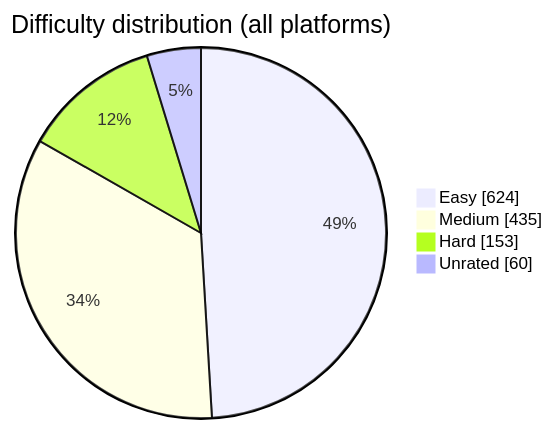
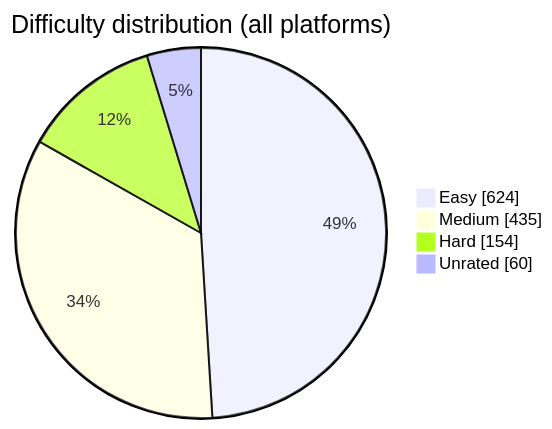
Before and after one commit to BuildbyArindam/Daily-Coding-Log: the diagram in README.md, drawn with Mermaid. The commit also changed other lines of this file, not shown here.

````diff
--- a/README.md
+++ b/README.md
@@ -93,7 +93,7 @@
 ```mermaid
 pie showData title Difficulty distribution (all platforms)
     "Easy" : 624
     "Medium" : 435
-    "Hard" : 153
+    "Hard" : 154
     "Unrated" : 60
 ```
````
